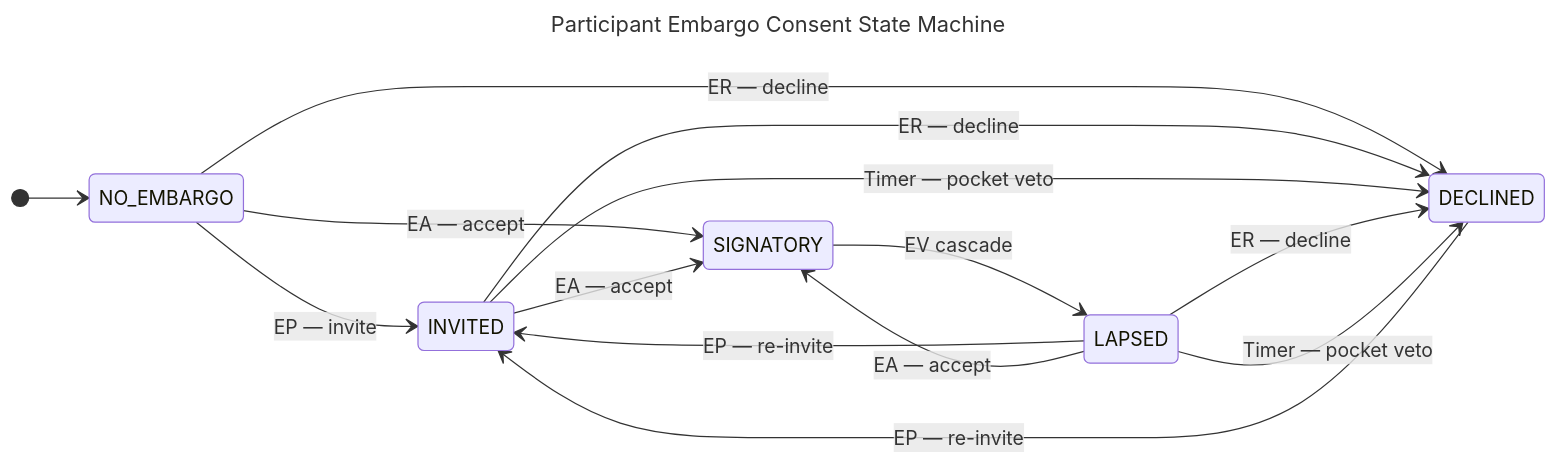
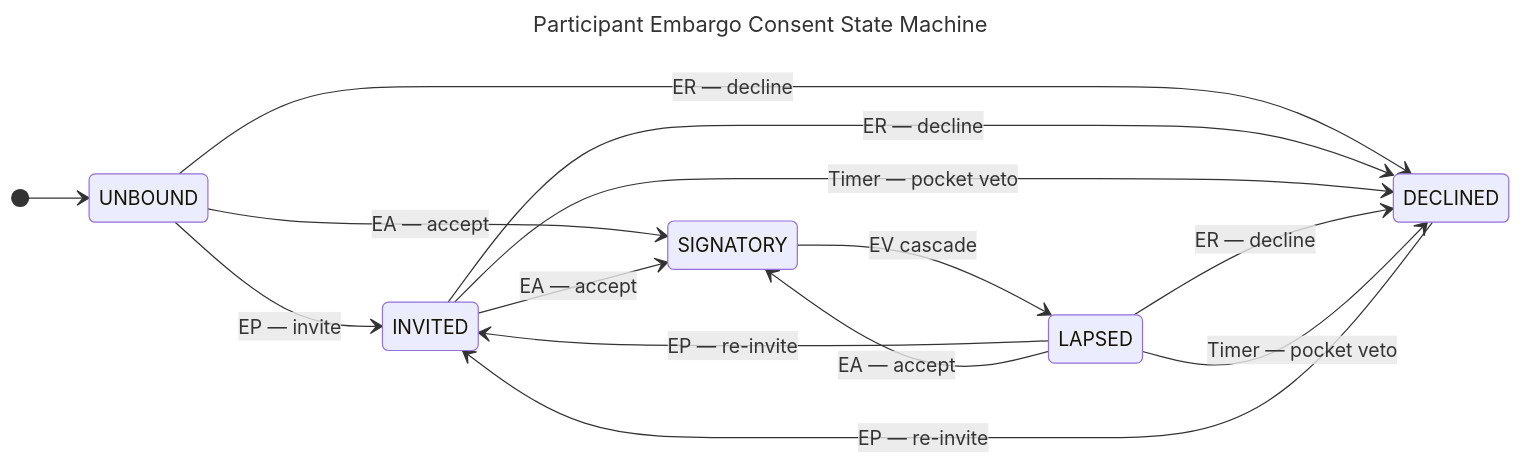
Before and after one commit to CERTCC/Vultron: the diagram in docs/topics/process_models/em/pec_state_machine_diagram.md, drawn with Mermaid. The commit also changed 28 other files, not shown here.

First line of the commit message:
docs: plan #3277 — rename PEC NO_EMBARGO → UNBOUND; drop EM.NO_EMBARGO alias

````diff
--- a/docs/topics/process_models/em/pec_state_machine_diagram.md
+++ b/docs/topics/process_models/em/pec_state_machine_diagram.md
@@ -1,20 +1,20 @@
 ```mermaid
 ---
 title: Participant Embargo Consent State Machine
 ---
 stateDiagram-v2
     direction LR
-    [*] --> NO_EMBARGO
-    NO_EMBARGO --> INVITED: EP — invite
-    NO_EMBARGO --> SIGNATORY: EA — accept
-    NO_EMBARGO --> DECLINED: ER — decline
+    [*] --> UNBOUND
+    UNBOUND --> INVITED: EP — invite
+    UNBOUND --> SIGNATORY: EA — accept
+    UNBOUND --> DECLINED: ER — decline
     INVITED --> SIGNATORY: EA — accept
     INVITED --> DECLINED: ER — decline
     INVITED --> DECLINED: Timer — pocket veto
     SIGNATORY --> LAPSED: EV cascade
     LAPSED --> INVITED: EP — re-invite
     LAPSED --> SIGNATORY: EA — accept
     LAPSED --> DECLINED: ER — decline
     LAPSED --> DECLINED: Timer — pocket veto
     DECLINED --> INVITED: EP — re-invite
 ```
````
